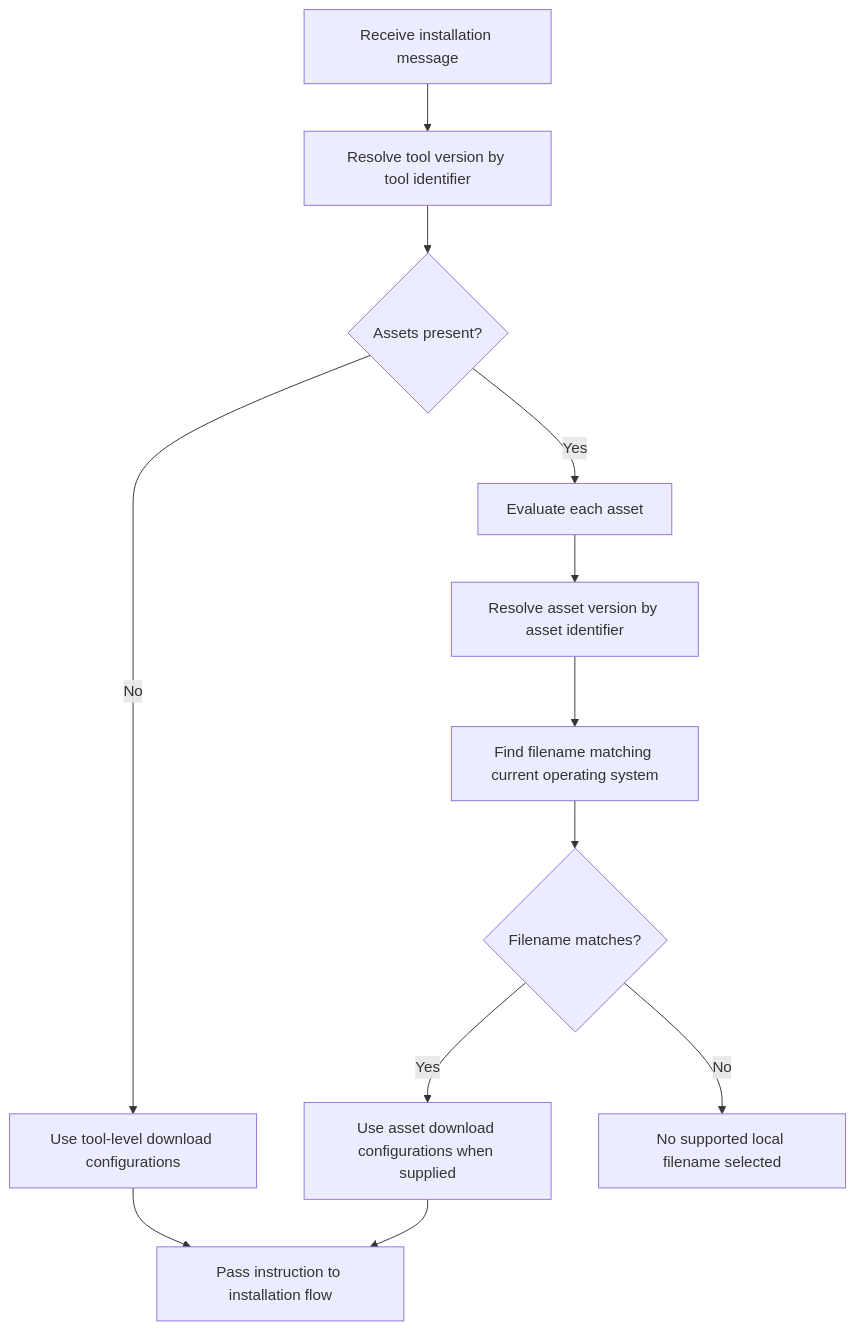
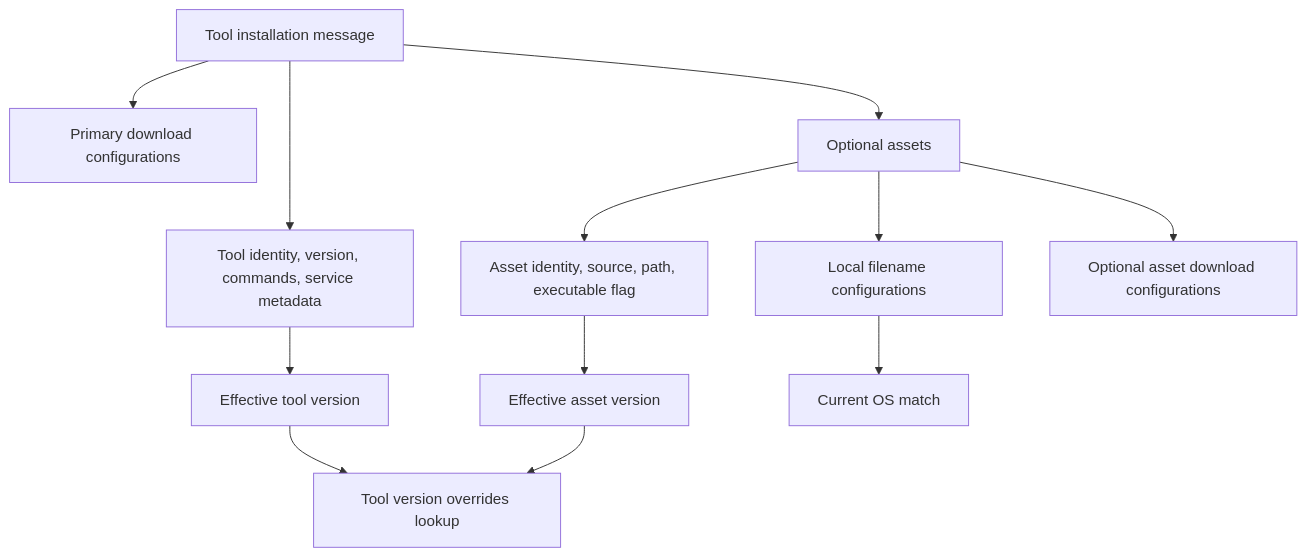
The second of 4 diagrams in docs/reference/architecture/openframe-client-core/model-tool-installation-message/model-tool-installation-message.md (flamingo-stack/openframe-oss-tenant), drawn with Mermaid before and after one commit. The commit also changed other lines of this file and 2377 other files, not shown here.

````diff
--- a/docs/reference/architecture/openframe-client-core/model-tool-installation-message/model-tool-installation-message.md
+++ b/docs/reference/architecture/openframe-client-core/model-tool-installation-message/model-tool-installation-message.md
@@ -95,14 +99,14 @@
 ```mermaid
 flowchart TD
-    Receive["Receive installation message"] --> ToolVersion["Resolve tool version by tool identifier"]
-    ToolVersion --> AssetCheck{"Assets present?"}
-    AssetCheck -->|"No"| ToolDownloads["Use tool-level download configurations"]
-    AssetCheck -->|"Yes"| AssetLoop["Evaluate each asset"]
-    AssetLoop --> AssetVersion["Resolve asset version by asset identifier"]
-    AssetVersion --> Filename["Find filename matching current operating system"]
-    Filename --> Match{"Filename matches?"}
-    Match -->|"Yes"| AssetDownloads["Use asset download configurations when supplied"]
-    Match -->|"No"| NoFilename["No supported local filename selected"]
-    ToolDownloads --> Execute["Pass instruction to installation flow"]
-    AssetDownloads --> Execute
+    InstallationMessage["Tool installation message"] --> ToolFields["Tool identity, version, commands, service metadata"]
+    InstallationMessage --> ToolDownloads["Primary download configurations"]
+    InstallationMessage --> Assets["Optional assets"]
+    ToolFields --> ToolVersion["Effective tool version"]
+    ToolVersion --> Overrides["Tool version overrides lookup"]
+    Assets --> AssetFields["Asset identity, source, path, executable flag"]
+    Assets --> FilenameMappings["Local filename configurations"]
+    Assets --> AssetDownloads["Optional asset download configurations"]
+    AssetFields --> AssetVersion["Effective asset version"]
+    AssetVersion --> Overrides
+    FilenameMappings --> OsMatch["Current OS match"]
 ```
````
